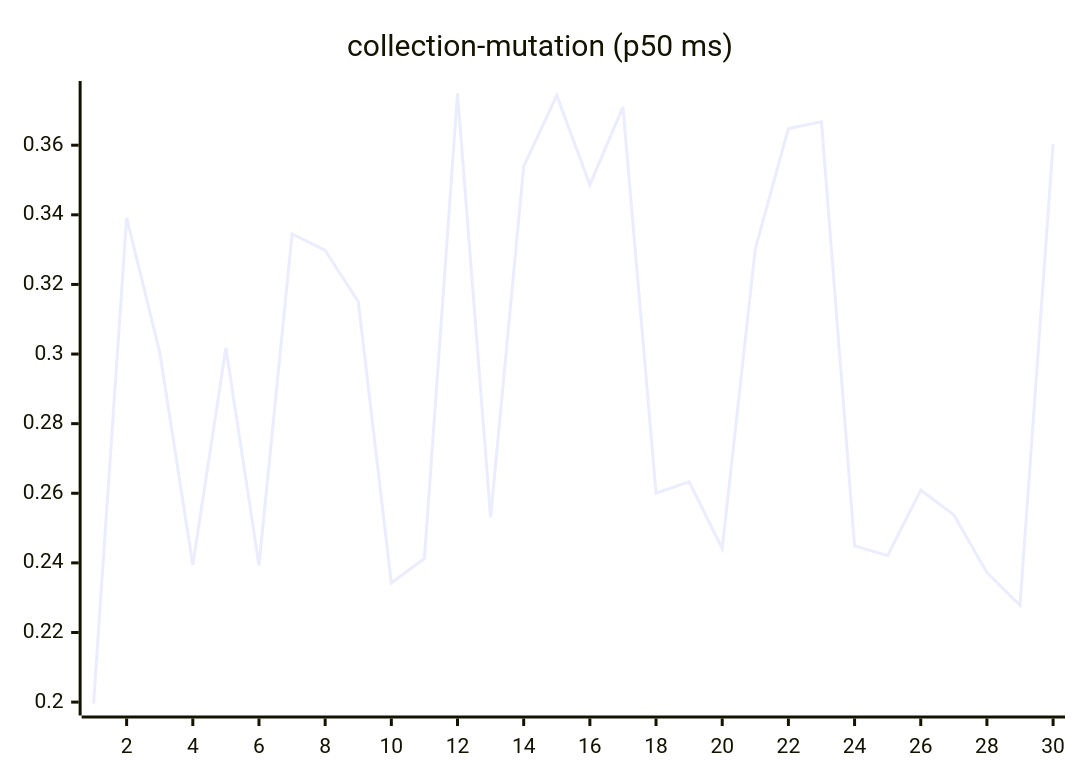
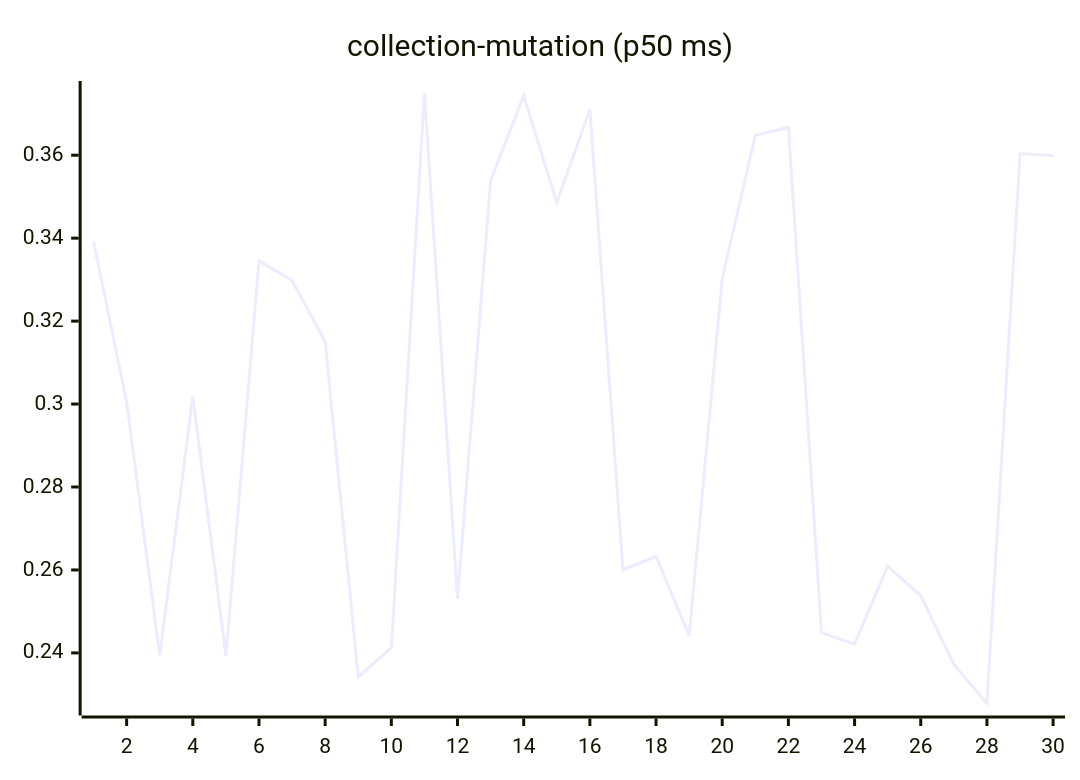
The sixth of 27 diagrams in README.md (josha/Facet), drawn with Mermaid before and after one commit. The commit also changed other lines of this file and 2 other files, not shown here.

````diff
--- a/README.md
+++ b/README.md
@@ -98,6 +98,6 @@
 ```mermaid
 xychart-beta
     title "collection-mutation (p50 ms)"
     x-axis 1 --> 30
-    line [0.1996, 0.3392, 0.3005, 0.2394, 0.3018, 0.2393, 0.3345, 0.3298, 0.3151, 0.2342, 0.2413, 0.3750, 0.2531, 0.3539, 0.3743, 0.3486, 0.3710, 0.2600, 0.2633, 0.2441, 0.3302, 0.3648, 0.3667, 0.2449, 0.2421, 0.2609, 0.2538, 0.2372, 0.2278, 0.3604]
+    line [0.3392, 0.3005, 0.2394, 0.3018, 0.2393, 0.3345, 0.3298, 0.3151, 0.2342, 0.2413, 0.3750, 0.2531, 0.3539, 0.3743, 0.3486, 0.3710, 0.2600, 0.2633, 0.2441, 0.3302, 0.3648, 0.3667, 0.2449, 0.2421, 0.2609, 0.2538, 0.2372, 0.2278, 0.3604, 0.3599]
 ```
````
